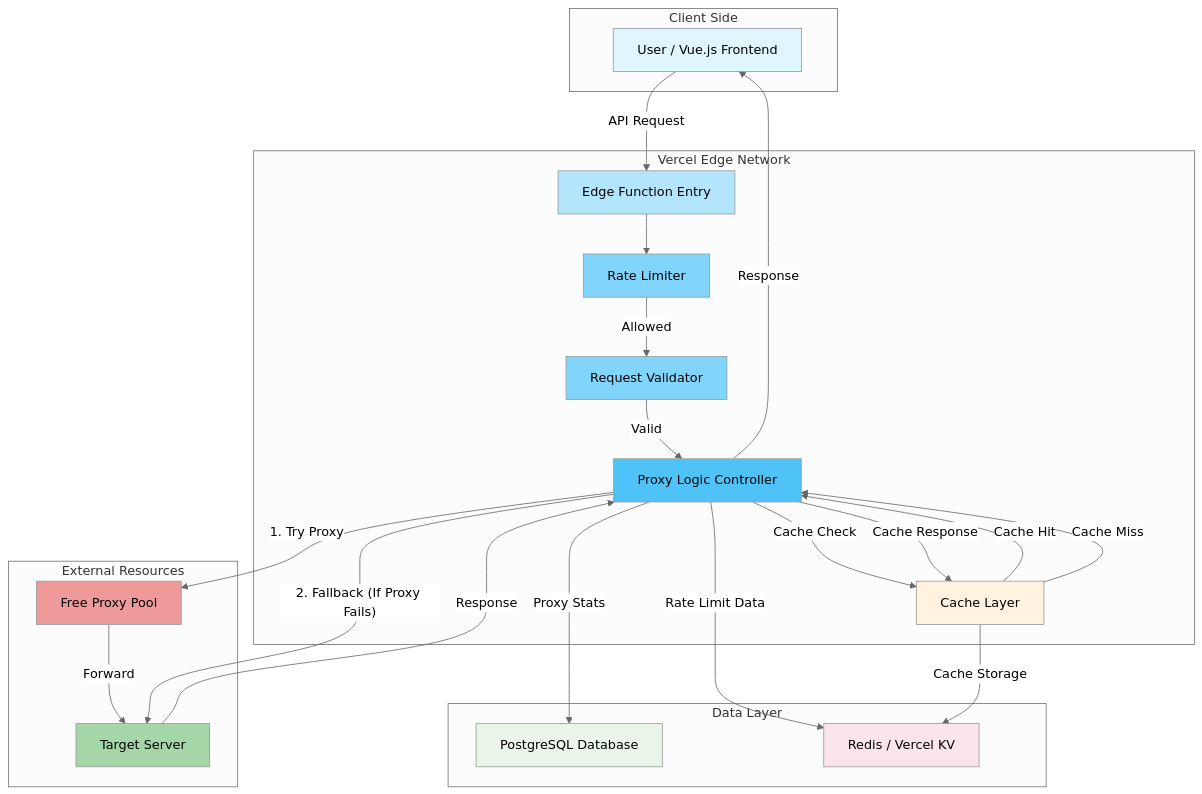
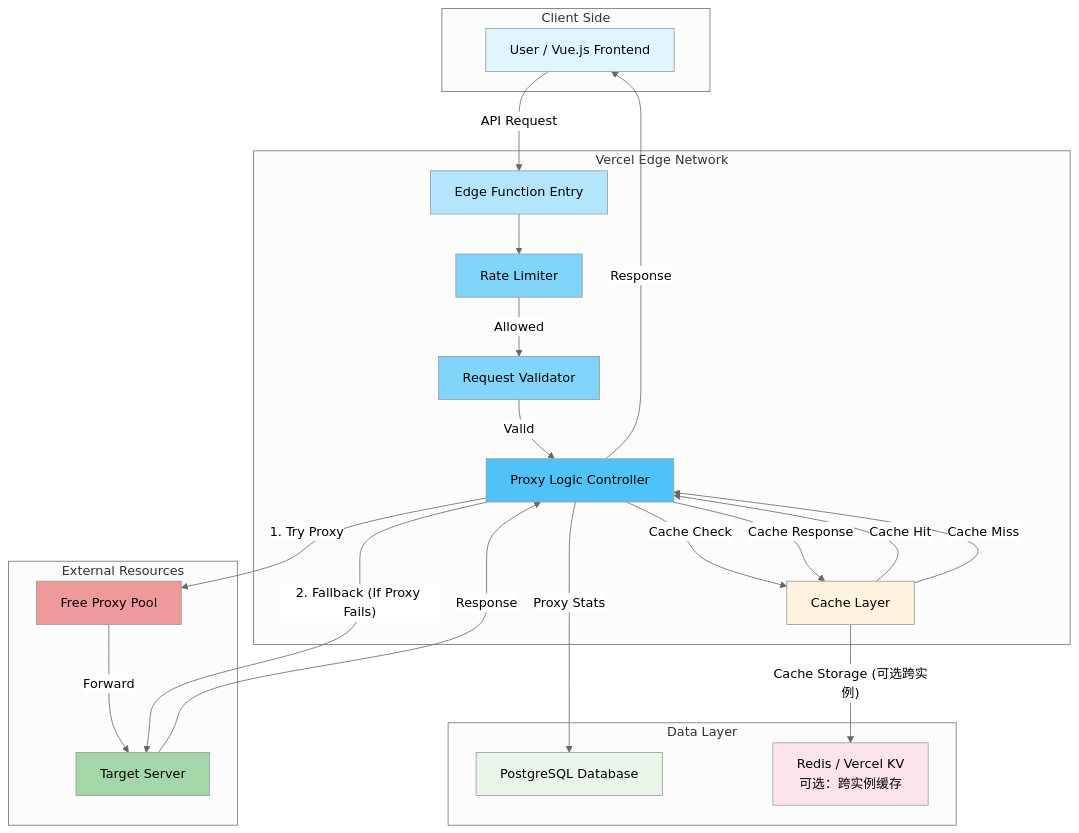
One commit to Kirky-X/xRelay changed the diagram in docs/ARCHITECTURE.md. Above: the diagram before and after it, drawn with Mermaid (neutral theme). The commit also changed other lines of this file and 61 other files, not shown here.

````diff
--- a/docs/ARCHITECTURE.md
+++ b/docs/ARCHITECTURE.md
@@ -76,57 +76,56 @@
 ```mermaid
 graph TB
     subgraph "Client Side"
         A[User / Vue.js Frontend]
     end
 
     subgraph "Vercel Edge Network"
         B[Edge Function Entry]
         C[Rate Limiter]
         D[Request Validator]
         E[Proxy Logic Controller]
         F[Cache Layer]
     end
 
     subgraph "Data Layer"
         G[PostgreSQL Database]
-        H[Redis / Vercel KV]
+        H[Redis / Vercel KV<br/>可选：跨实例缓存]
     end
 
     subgraph "External Resources"
         I[Free Proxy Pool]
         J[Target Server]
     end
 
     A -- API Request --> B
     B --> C
     C -- Allowed --> D
     D -- Valid --> E
 
     E -- Cache Check --> F
     F -- Cache Hit --> E
     F -- Cache Miss --> E
 
     E -- Proxy Stats --> G
-    E -- Rate Limit Data --> H
-    F -- Cache Storage --> H
+    F -- Cache Storage (可选跨实例) --> H
 
     E -- 1. Try Proxy --> I
     I -- Forward --> J
 
     E -- 2. Fallback (If Proxy Fails) --> J
 
     J -- Response --> E
     E -- Cache Response --> F
     E -- Response --> A
 
     style A fill:#e1f5ff
     style B fill:#b3e5fc
     style C fill:#81d4fa
     style D fill:#81d4fa
     style E fill:#4fc3f7
     style F fill:#fff3e0
     style G fill:#e8f5e8
     style H fill:#fce4ec
     style I fill:#ef9a9a
     style J fill:#a5d6a7
 ```
````
